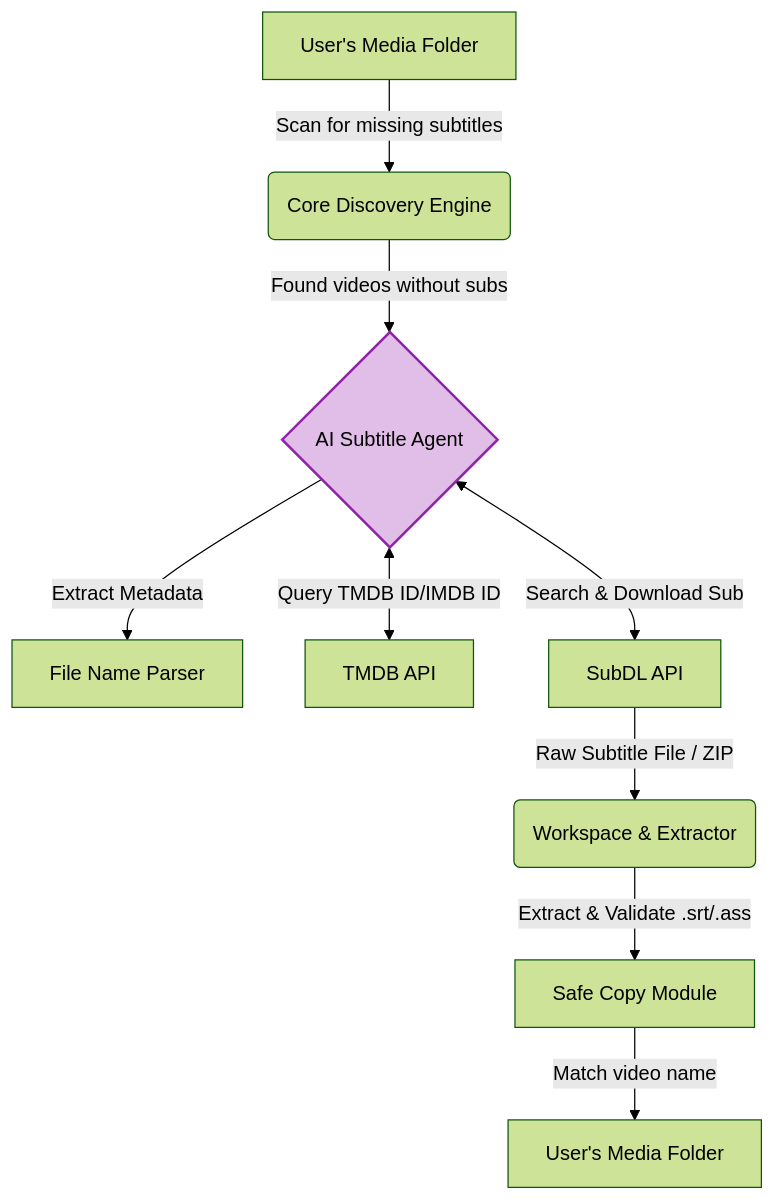
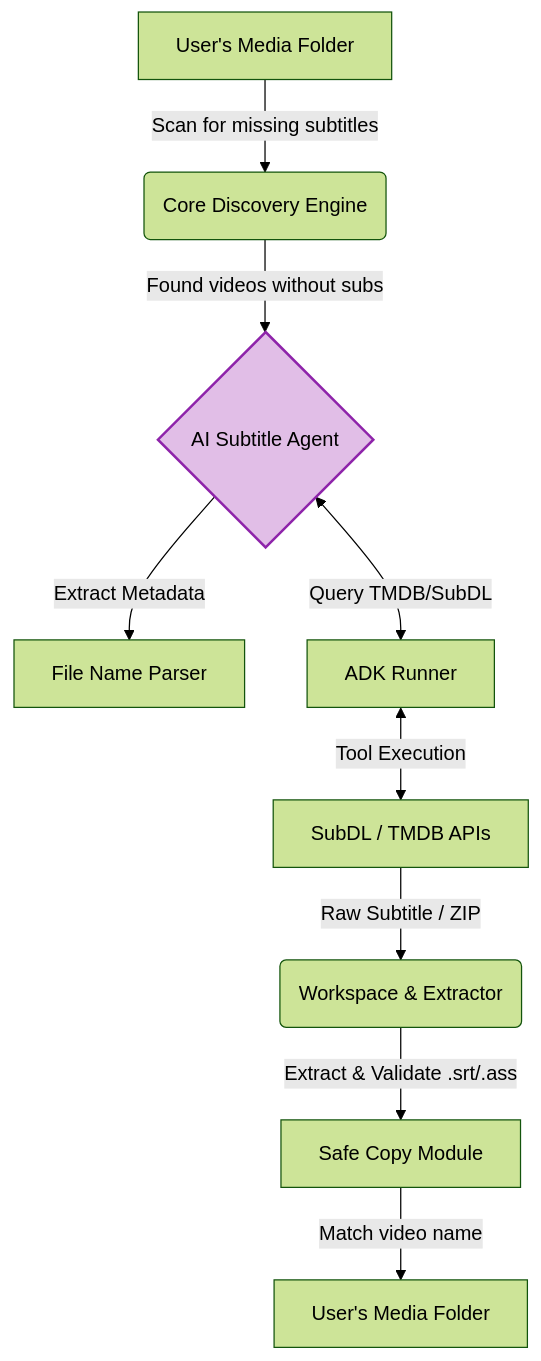
Before and after one commit to randall-liao/subtitle-agent: the diagram in README.md, drawn with Mermaid (forest theme). The commit also changed 2 other files, not shown here.

Commit message:
docs: add ADK integration deep-dive with Mermaid diagrams

````diff
--- a/README.md
+++ b/README.md
@@ -15,14 +15,14 @@
 ```mermaid
 graph TD
     A[User's Media Folder] -->|Scan for missing subtitles| B(Core Discovery Engine)
     B -->|Found videos without subs| C{AI Subtitle Agent}
     C -->|Extract Metadata| D[File Name Parser]
-    C <-->|Query TMDB ID/IMDB ID| E[TMDB API]
-    C <-->|Search & Download Sub| F[SubDL API]
-    F -->|Raw Subtitle File / ZIP| G(Workspace & Extractor)
+    C <-->|Query TMDB/SubDL| E[ADK Runner]
+    E <-->|Tool Execution| F[SubDL / TMDB APIs]
+    F -->|Raw Subtitle / ZIP| G(Workspace & Extractor)
     G -->|Extract & Validate .srt/.ass| H[Safe Copy Module]
     H -->|Match video name| I[User's Media Folder]
     
     classDef ai fill:#e1bee7,stroke:#8e24aa,stroke-width:2px;
     class C ai;
 ```
````
